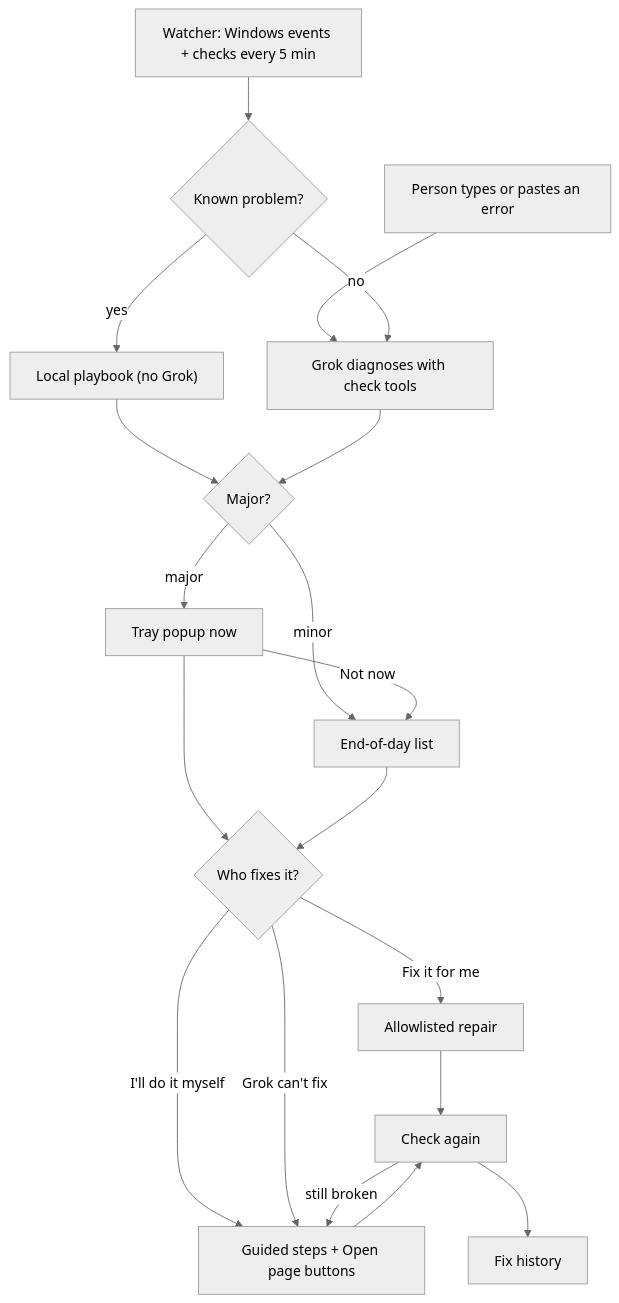
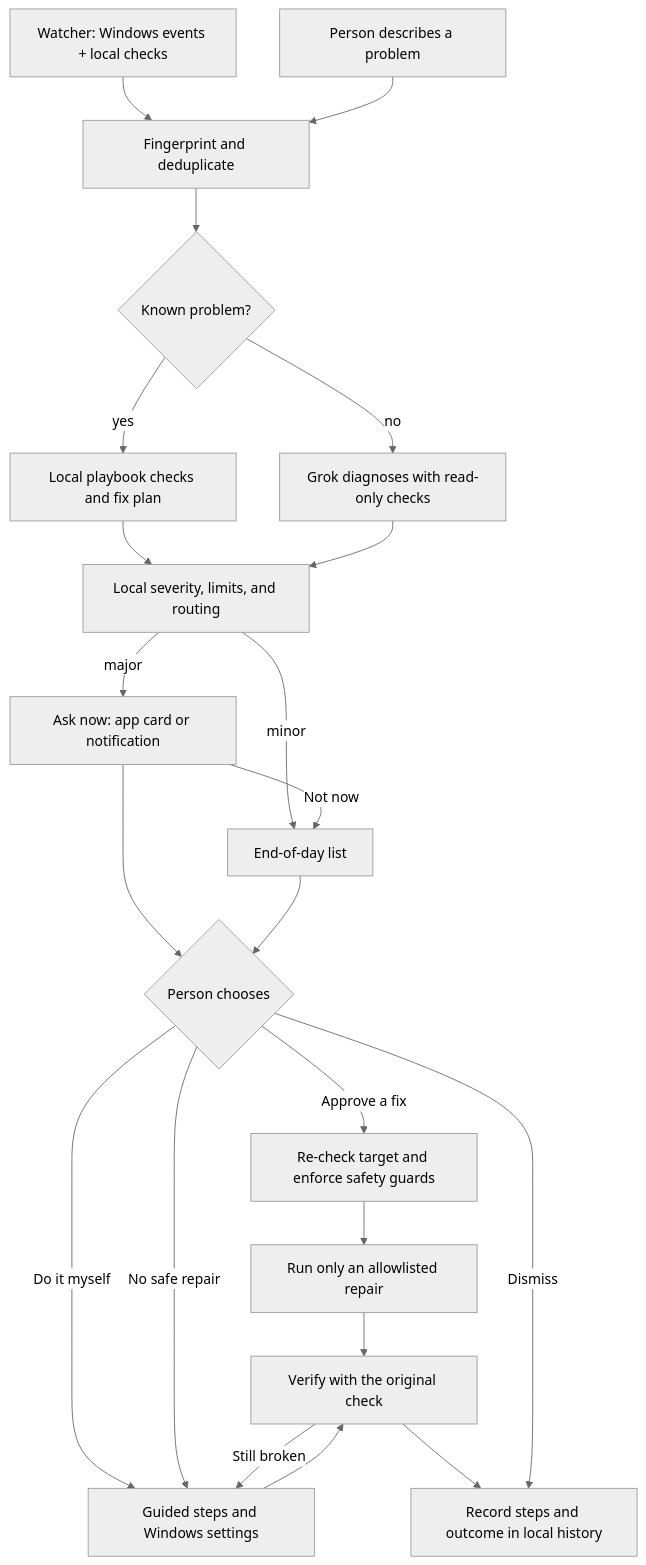
One commit to NghiemNgocDuc/SystemX changed the first of 2 diagrams in README.md. Above: the diagram before and after it, drawn with Mermaid (neutral theme).

Commit message:
Clarify pipeline flow diagram

````diff
--- a/README.md
+++ b/README.md
@@ -80,21 +80,24 @@
 ```mermaid
 flowchart TD
-  watch["Watcher: Windows events + checks every 5 min"] --> match{"Known problem?"}
-  person["Person types or pastes an error"] --> grok
-  match -->|yes| playbook["Local playbook (no Grok)"]
-  match -->|no| grok["Grok diagnoses with check tools"]
-  playbook --> triage{"Major?"}
+  watch["Watcher: Windows events + local checks"] --> signal["Fingerprint and deduplicate"]
+  person["Person describes a problem"] --> signal
+  signal --> match{"Known problem?"}
+  match -->|yes| playbook["Local playbook checks and fix plan"]
+  match -->|no| grok["Grok diagnoses with read-only checks"]
+  playbook --> triage["Local severity, limits, and routing"]
   grok --> triage
-  triage -->|major| popup["Tray popup now"]
+  triage -->|major| popup["Ask now: app card or notification"]
   triage -->|minor| digest["End-of-day list"]
   popup -->|Not now| digest
-  popup --> choice{"Who fixes it?"}
-  digest --> choice
-  choice -->|Fix it for me| fix["Allowlisted repair"]
-  choice -->|I'll do it myself| manual["Guided steps + Open page buttons"]
-  choice -->|Grok can't fix| manual
-  fix --> verify["Check again"]
+  popup --> decision{"Person chooses"}
+  digest --> decision
+  decision -->|Approve a fix| gate["Re-check target and enforce safety guards"]
+  gate --> runner["Run only an allowlisted repair"]
+  decision -->|Do it myself| manual["Guided steps and Windows settings"]
+  decision -->|No safe repair| manual
+  runner --> verify["Verify with the original check"]
   manual --> verify
-  verify -->|still broken| manual
-  verify --> history["Fix history"]
+  verify -->|Still broken| manual
+  verify --> history["Record steps and outcome in local history"]
+  decision -->|Dismiss| history
 ```
````
